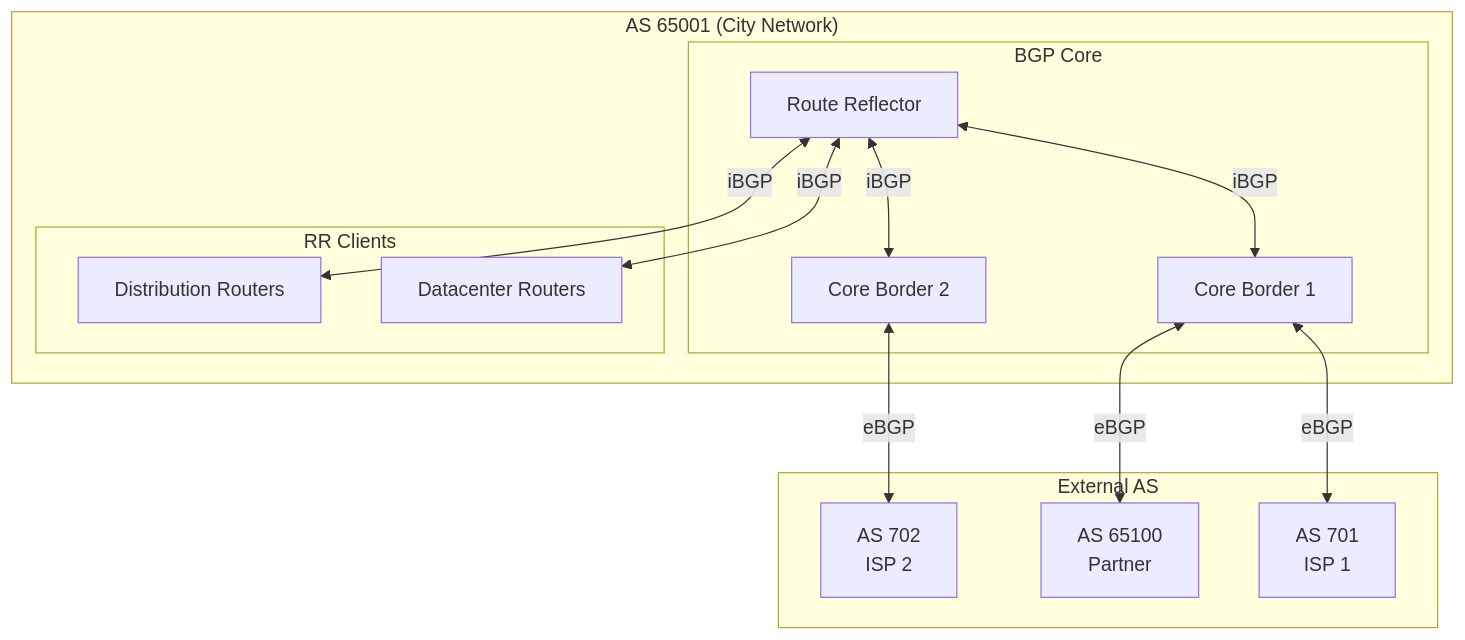
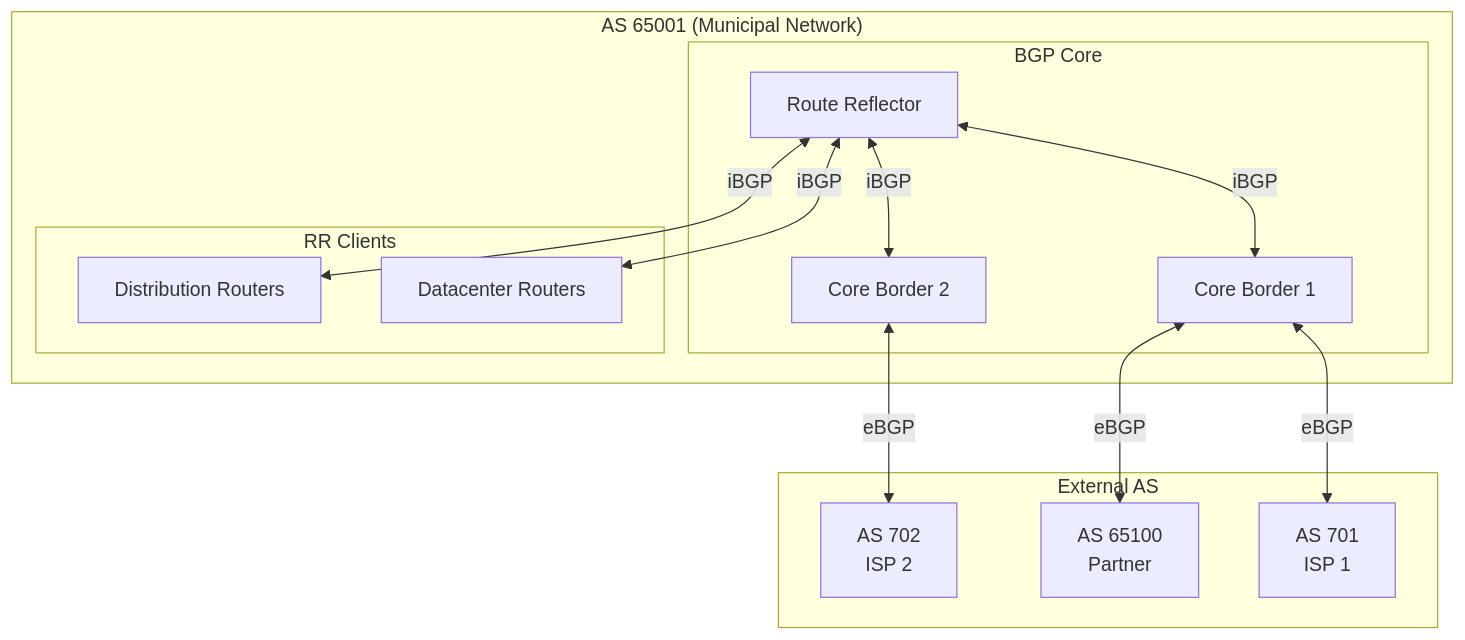
One commit to NewOrleansITI/networkstandards changed the fourth of 11 diagrams in docs/layer3/routing-standards.md. Above: the diagram before and after it, drawn with Mermaid. The commit also changed other lines of this file and 17 other files, not shown here.

````diff
--- a/docs/layer3/routing-standards.md
+++ b/docs/layer3/routing-standards.md
@@ -202,28 +202,28 @@
 ```mermaid
 graph TB
-    subgraph AS_NOLA["AS 65001 (City Network)"]
+    subgraph AS_MUNI["AS 65001 (Municipal Network)"]
         subgraph CORE_BGP["BGP Core"]
             RR["Route Reflector"]
             CORE_B1["Core Border 1"]
             CORE_B2["Core Border 2"]
         end
 
         subgraph CLIENTS["RR Clients"]
             DC_R["Datacenter Routers"]
             DIST_R["Distribution Routers"]
         end
 
         RR <-->|"iBGP"| CORE_B1 & CORE_B2
         RR <-->|"iBGP"| DC_R & DIST_R
     end
 
     subgraph EXTERNAL["External AS"]
         ISP1["AS 701<br/>ISP 1"]
         ISP2["AS 702<br/>ISP 2"]
         PARTNER["AS 65100<br/>Partner"]
     end
 
     CORE_B1 <-->|"eBGP"| ISP1
     CORE_B2 <-->|"eBGP"| ISP2
     CORE_B1 <-->|"eBGP"| PARTNER
 ```
````
